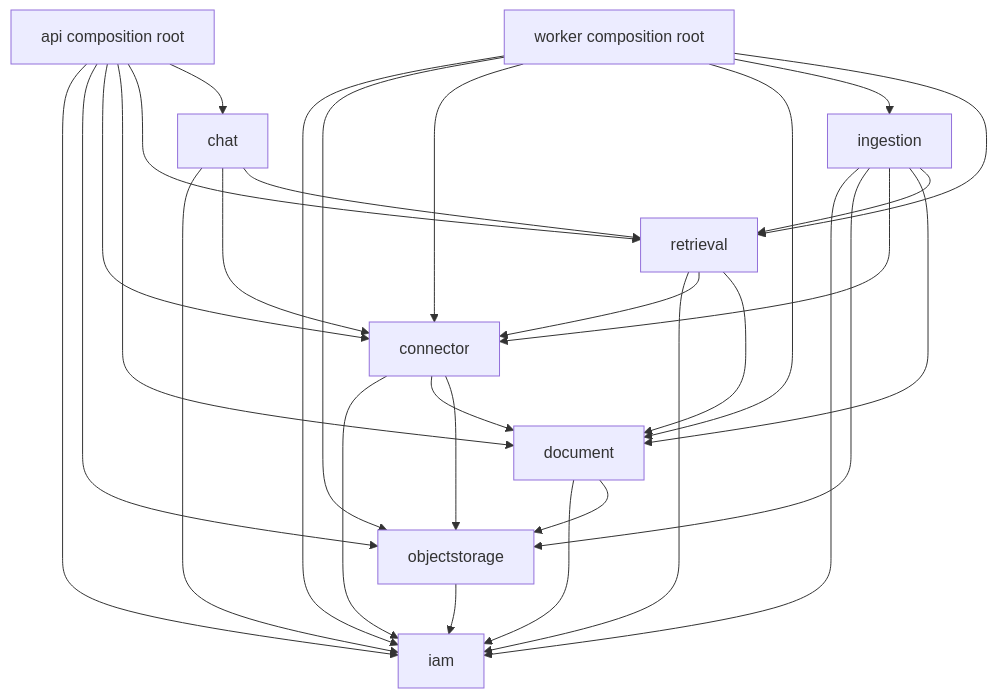
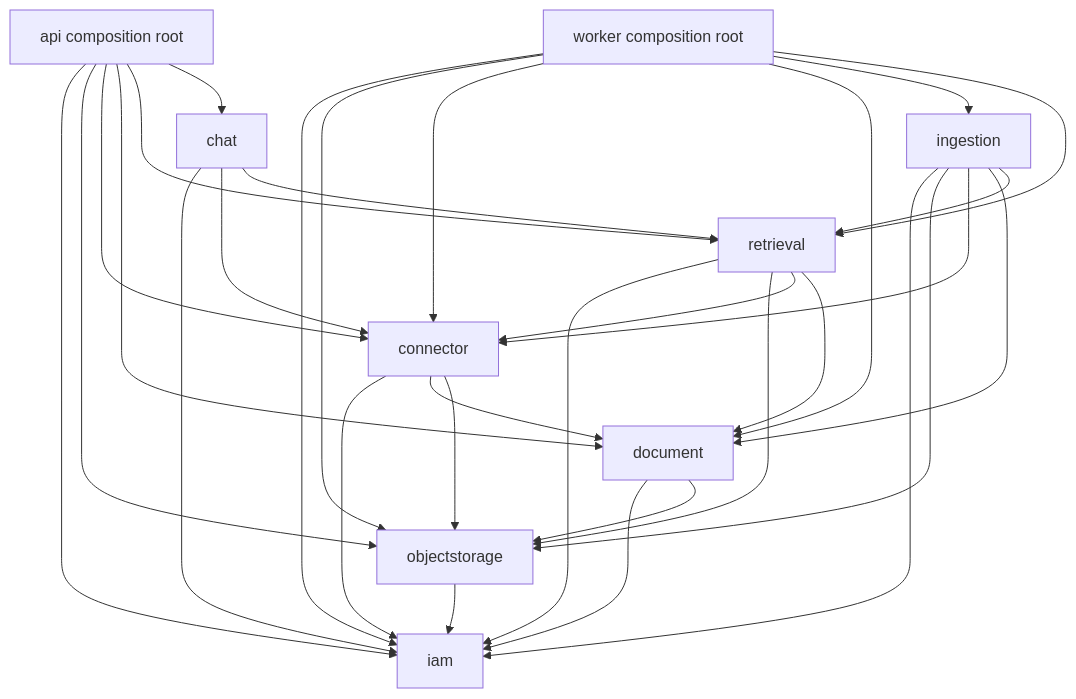
One commit to kl3inIT/MemoryOS changed the second of 6 diagrams in ARCHITECTURE.md. Above: the diagram before and after it, drawn with Mermaid. The commit also changed other lines of this file and 2 other files, not shown here.

````diff
--- a/ARCHITECTURE.md
+++ b/ARCHITECTURE.md
@@ -48,41 +48,42 @@
 ```mermaid
 flowchart TB
     IAM[iam]
     OBJ[objectstorage]
     CON[connector]
     DOC[document]
     ING[ingestion]
     RET[retrieval]
     CHAT[chat]
 
     OBJ --> IAM
     DOC --> IAM
     DOC --> OBJ
     CON --> IAM
     CON --> DOC
     CON --> OBJ
     ING --> IAM
     ING --> OBJ
     ING --> CON
     ING --> DOC
     ING --> RET
     RET --> IAM
+    RET --> OBJ
     RET --> CON
     RET --> DOC
     CHAT --> IAM
     CHAT --> CON
     CHAT --> RET
 
     API[api composition root] --> IAM
     API --> OBJ
     API --> CON
     API --> DOC
     API --> RET
     API --> CHAT
     WORKER[worker composition root] --> IAM
     WORKER --> OBJ
     WORKER --> CON
     WORKER --> DOC
     WORKER --> ING
     WORKER --> RET
 ```
````
